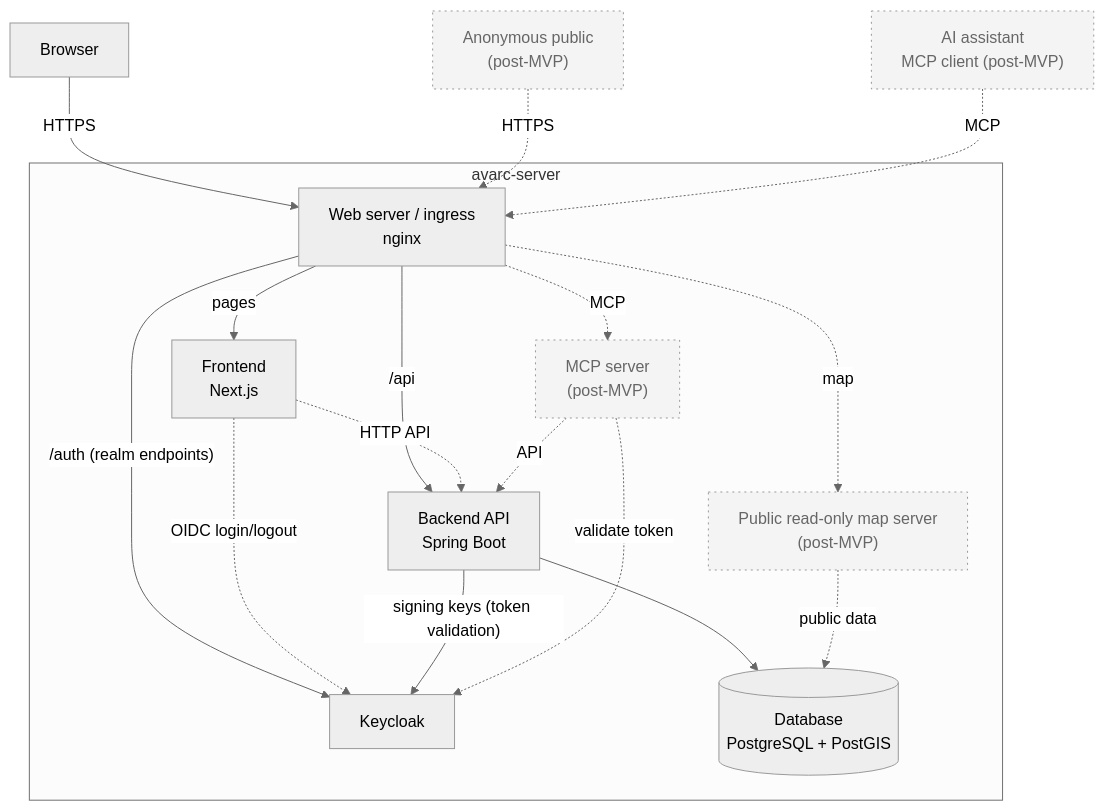
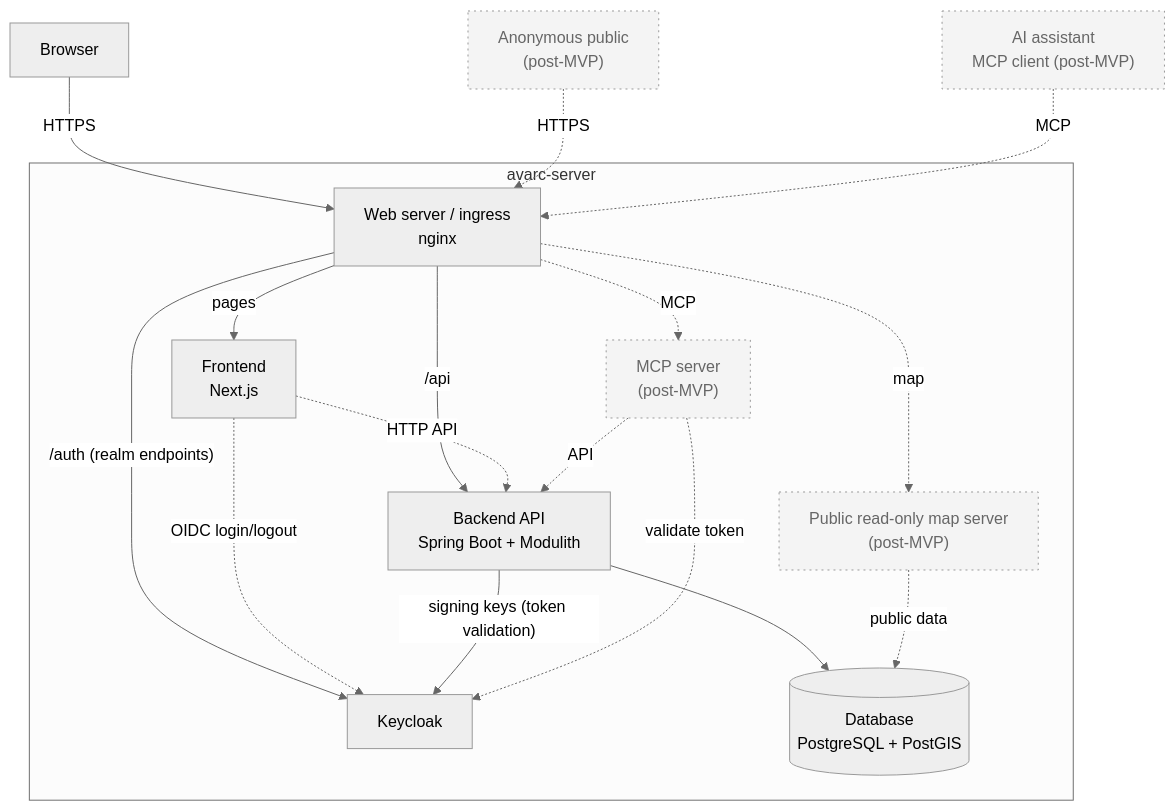
The diagram in spec/architecture-diagram.md (avarcorg/avarc-server), drawn with Mermaid (neutral theme) before and after one commit. The commit also changed 5 other files, not shown here.

````diff
--- a/spec/architecture-diagram.md
+++ b/spec/architecture-diagram.md
@@ -11,37 +11,37 @@
 ```mermaid
 flowchart TB
     Browser[Browser]
     AIClient["AI assistant<br/>MCP client (post-MVP)"]
 
     subgraph Server["avarc-server"]
         Ingress["Web server / ingress<br/>nginx"]
         Frontend["Frontend<br/>Next.js"]
-        Backend["Backend API<br/>Spring Boot"]
+        Backend["Backend API<br/>Spring Boot + Modulith"]
         Keycloak["Keycloak"]
         MapServer["Public read-only map server<br/>(post-MVP)"]
         MCP["MCP server<br/>(post-MVP)"]
         DB[("Database<br/>PostgreSQL + PostGIS")]
     end
 
     Browser -- "HTTPS" --> Ingress
     Ingress -- "pages" --> Frontend
     Ingress -- "/api" --> Backend
     Ingress -- "/auth (realm endpoints)" --> Keycloak
     Frontend -. "HTTP API" .-> Backend
     Frontend -. "OIDC login/logout" .-> Keycloak
     Backend -- "signing keys (token validation)" --> Keycloak
     Backend --> DB
     Anonymous["Anonymous public<br/>(post-MVP)"]
     Anonymous -. "HTTPS" .-> Ingress
     Ingress -. "map" .-> MapServer
     MapServer -. "public data" .-> DB
     AIClient -. "MCP" .-> Ingress
     Ingress -. "MCP" .-> MCP
     MCP -. "API" .-> Backend
     MCP -. "validate token" .-> Keycloak
 
     classDef undecided stroke-dasharray: 5 5;
 
     classDef postmvp stroke-dasharray: 2 4,fill:#f4f4f4,stroke:#999,color:#666;
     class AIClient,MCP,MapServer,Anonymous postmvp;
 ```
````
